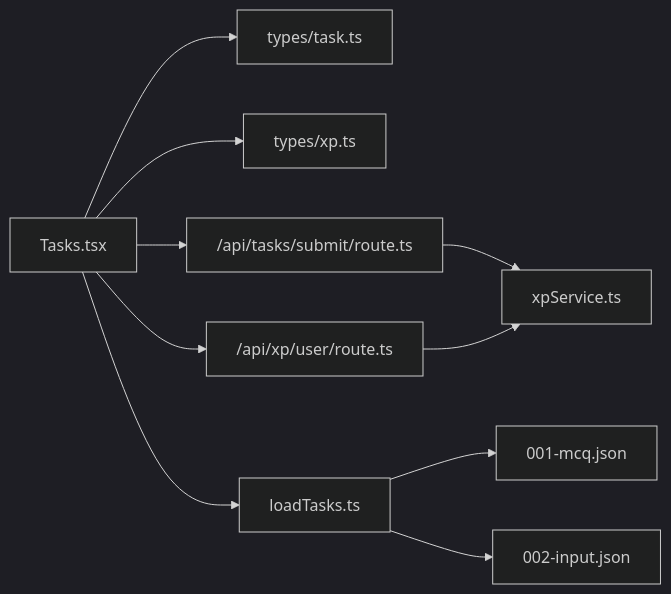
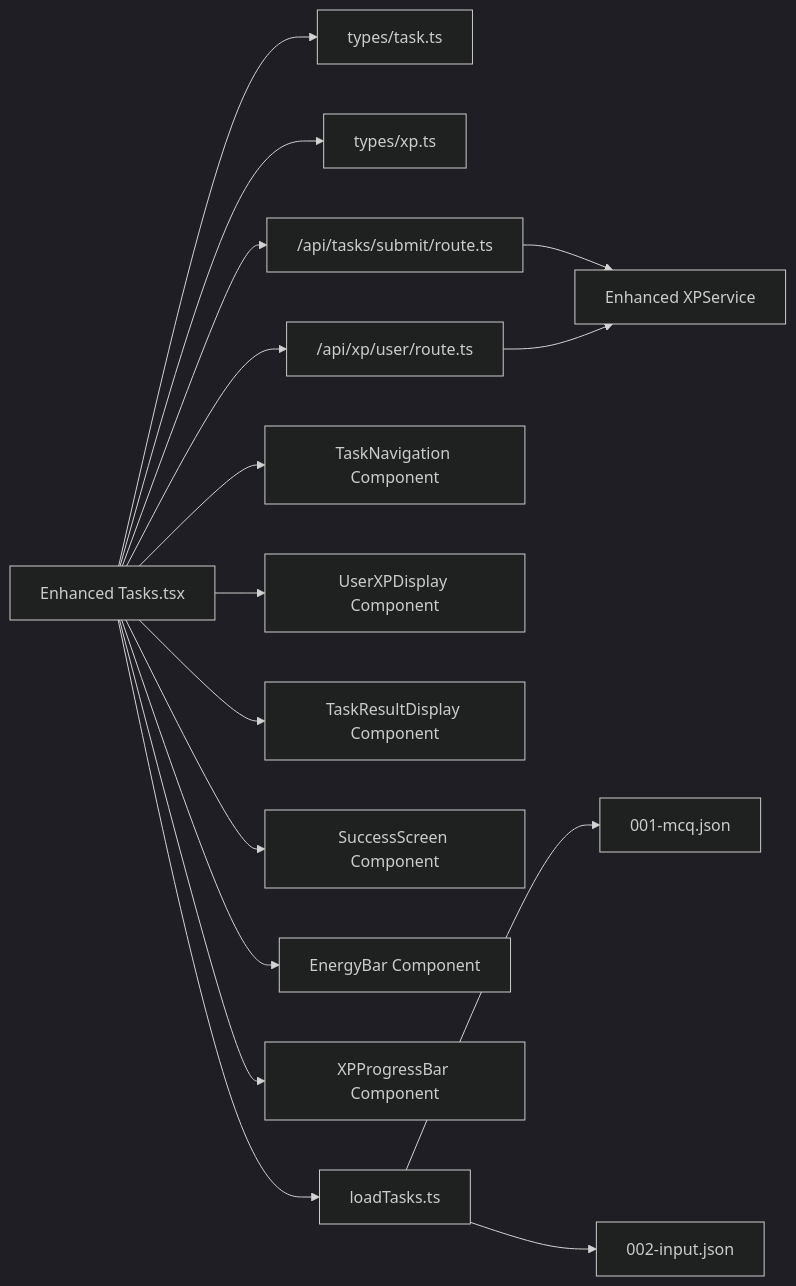
Before and after one commit to AlexKutz/math-app-next-js: the fifth of 5 diagrams in .qoder/repowiki/en/content/Core Features/Learning Interface/Task System Architecture.md, drawn with Mermaid (dark theme). The commit also changed other lines of this file and 9 other files, not shown here.

````diff
--- a/.qoder/repowiki/en/content/Core Features/Learning Interface/Task System Architecture.md
+++ b/.qoder/repowiki/en/content/Core Features/Learning Interface/Task System Architecture.md
@@ -373,12 +492,18 @@
 ```mermaid
 graph LR
-Tasks["Tasks.tsx"] --> TypesTask["types/task.ts"]
+Tasks["Enhanced Tasks.tsx"] --> TypesTask["types/task.ts"]
 Tasks --> TypesXP["types/xp.ts"]
 Tasks --> SubmitRoute["/api/tasks/submit/route.ts"]
 Tasks --> XPUserRoute["/api/xp/user/route.ts"]
-SubmitRoute --> XPService["xpService.ts"]
+Tasks --> TaskNav["TaskNavigation Component"]
+Tasks --> UserXP["UserXPDisplay Component"]
+Tasks --> XPResult["TaskResultDisplay Component"]
+Tasks --> SuccessScreen["SuccessScreen Component"]
+Tasks --> EnergyBar["EnergyBar Component"]
+Tasks --> XPProgress["XPProgressBar Component"]
+SubmitRoute --> XPService["Enhanced XPService"]
 XPUserRoute --> XPService
 Tasks --> LoadTasks["loadTasks.ts"]
 LoadTasks --> ContentMCQ["001-mcq.json"]
 LoadTasks --> ContentInput["002-input.json"]
 ```
````
